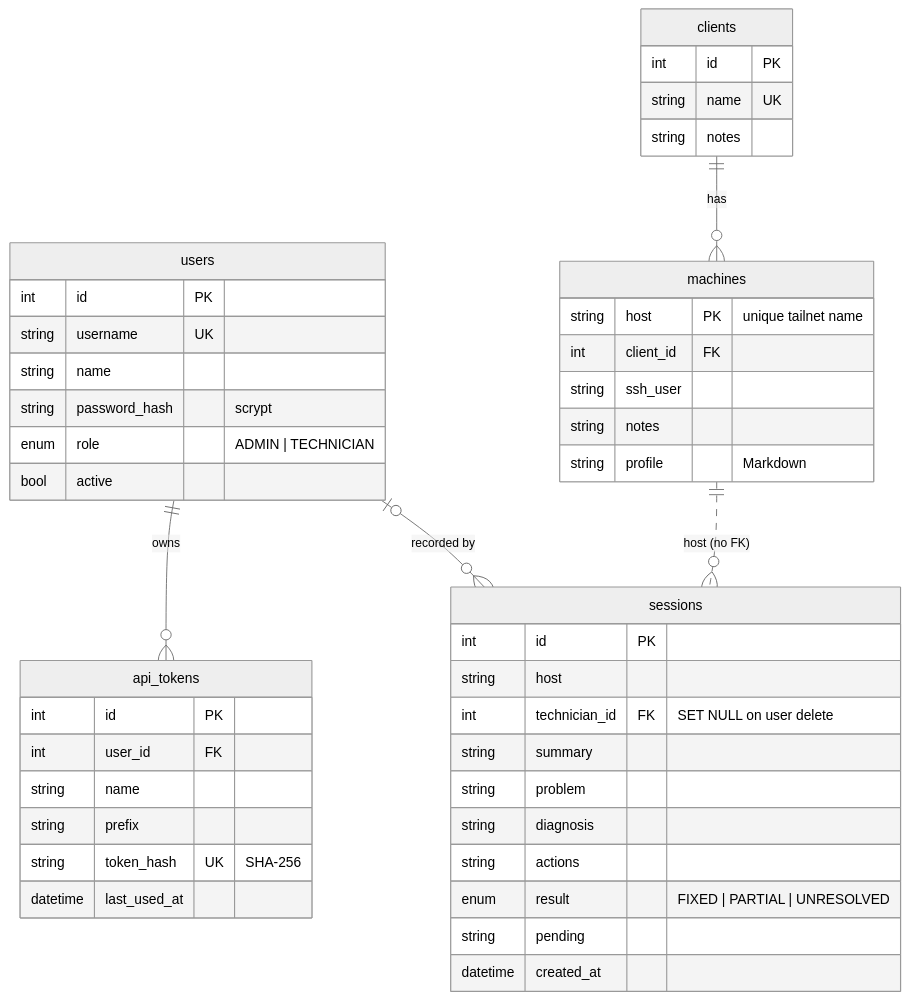
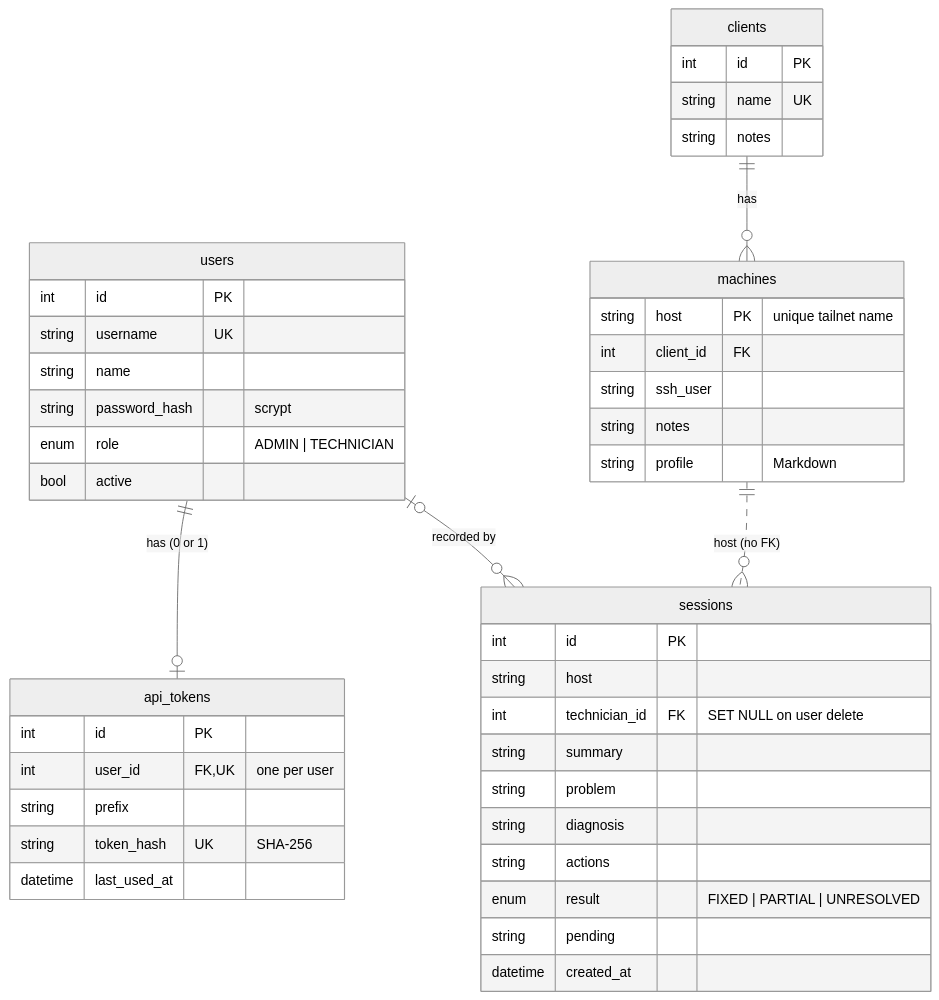
One commit to MiguelSousa369/nodehub changed the second of 3 diagrams in docs/architecture.md. Above: the diagram before and after it, drawn with Mermaid (neutral theme). The commit also changed other lines of this file and 10 other files, not shown here.

Commit message:
Document the one-token-per-user model

````diff
--- a/docs/architecture.md
+++ b/docs/architecture.md
@@ -41,48 +41,47 @@
 ```mermaid
 erDiagram
-  users ||--o{ api_tokens : owns
+  users ||--o| api_tokens : "has (0 or 1)"
   users |o--o{ sessions : "recorded by"
   clients ||--o{ machines : has
   machines ||..o{ sessions : "host (no FK)"
 
   users {
     int id PK
     string username UK
     string name
     string password_hash "scrypt"
     enum role "ADMIN | TECHNICIAN"
     bool active
   }
   api_tokens {
     int id PK
-    int user_id FK
-    string name
+    int user_id FK,UK "one per user"
     string prefix
     string token_hash UK "SHA-256"
     datetime last_used_at
   }
   clients {
     int id PK
     string name UK
     string notes
   }
   machines {
     string host PK "unique tailnet name"
     int client_id FK
     string ssh_user
     string notes
     string profile "Markdown"
   }
   sessions {
     int id PK
     string host
     int technician_id FK "SET NULL on user delete"
     string summary
     string problem
     string diagnosis
     string actions
     enum result "FIXED | PARTIAL | UNRESOLVED"
     string pending
     datetime created_at
   }
 ```
````
